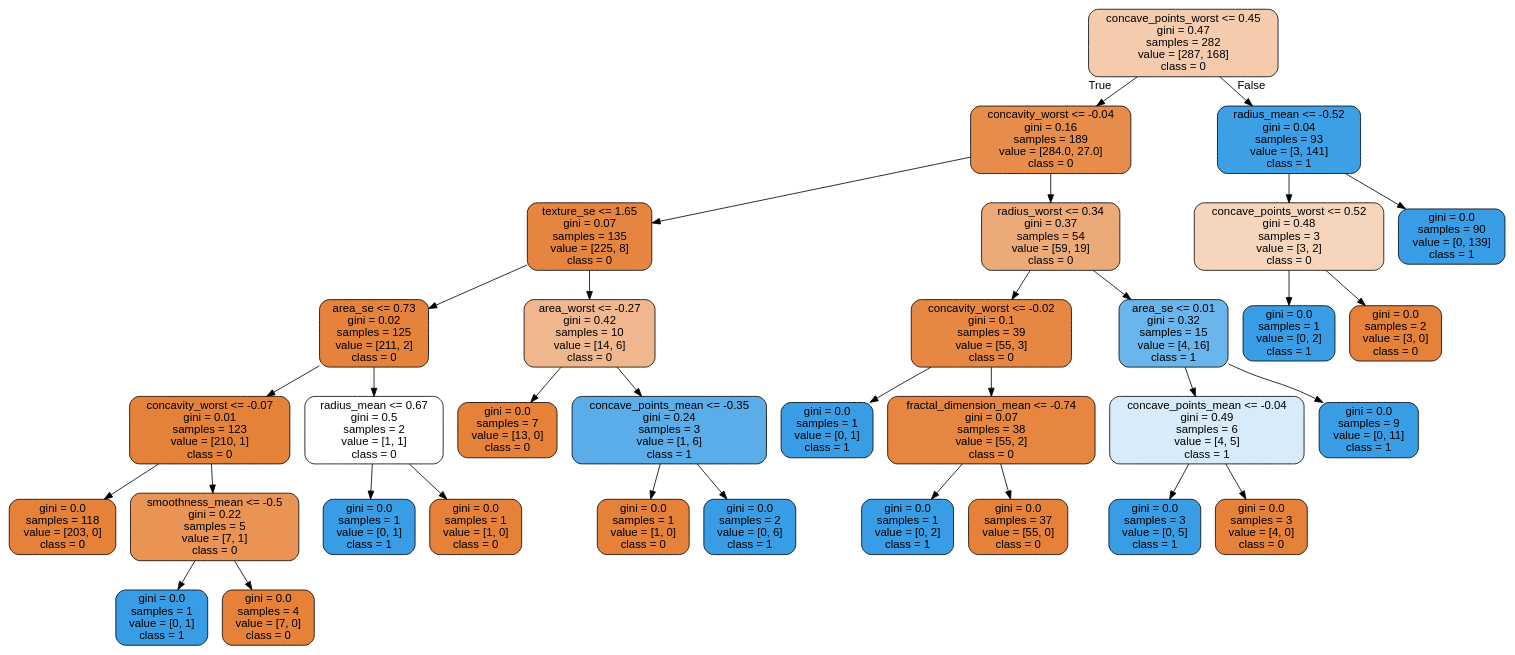
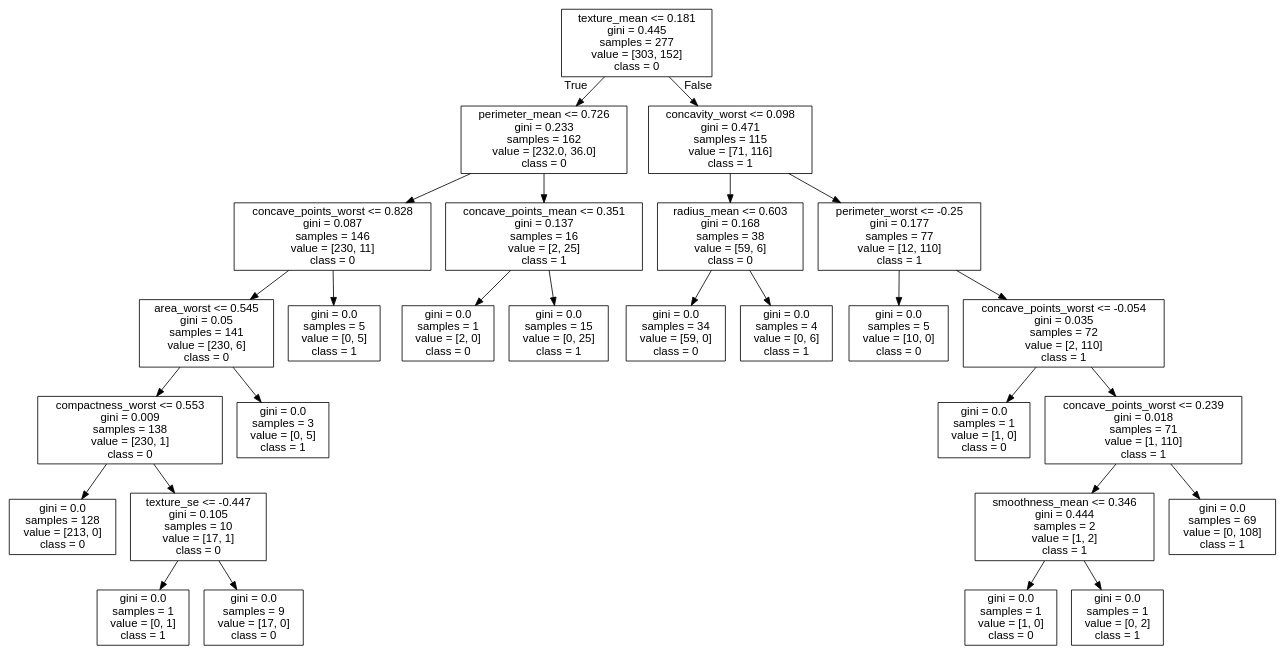
One commit to cyrilvincent/ML changed the diagram in data/breast-cancer/tree.dot. Above: the diagram before and after it, drawn with Graphviz. The commit also changed 2 other files, not shown here.

```diff
--- a/data/breast-cancer/tree.dot
+++ b/data/breast-cancer/tree.dot
@@ -1,69 +1,57 @@
 digraph Tree {
-node [shape=box, style="filled, rounded", color="black", fontname="helvetica"] ;
+node [shape=box, fontname="helvetica"] ;
 edge [fontname="helvetica"] ;
-0 [label="concave_points_worst <= 0.45\ngini = 0.47\nsamples = 282\nvalue = [287, 168]\nclass = 0", fillcolor="#f4cbad"] ;
-1 [label="concavity_worst <= -0.04\ngini = 0.16\nsamples = 189\nvalue = [284.0, 27.0]\nclass = 0", fillcolor="#e78d4c"] ;
+0 [label="texture_mean <= 0.181\ngini = 0.445\nsamples = 277\nvalue = [303, 152]\nclass = 0"] ;
+1 [label="perimeter_mean <= 0.726\ngini = 0.233\nsamples = 162\nvalue = [232.0, 36.0]\nclass = 0"] ;
 0 -> 1 [labeldistance=2.5, labelangle=45, headlabel="True"] ;
-3 [label="texture_se <= 1.65\ngini = 0.07\nsamples = 135\nvalue = [225, 8]\nclass = 0", fillcolor="#e68540"] ;
-1 -> 3 ;
-9 [label="area_se <= 0.73\ngini = 0.02\nsamples = 125\nvalue = [211, 2]\nclass = 0", fillcolor="#e5823b"] ;
+2 [label="concave_points_worst <= 0.828\ngini = 0.087\nsamples = 146\nvalue = [230, 11]\nclass = 0"] ;
+1 -> 2 ;
+3 [label="area_worst <= 0.545\ngini = 0.05\nsamples = 141\nvalue = [230, 6]\nclass = 0"] ;
+2 -> 3 ;
+4 [label="compactness_worst <= 0.553\ngini = 0.009\nsamples = 138\nvalue = [230, 1]\nclass = 0"] ;
+3 -> 4 ;
+5 [label="gini = 0.0\nsamples = 128\nvalue = [213, 0]\nclass = 0"] ;
+4 -> 5 ;
+6 [label="texture_se <= -0.447\ngini = 0.105\nsamples = 10\nvalue = [17, 1]\nclass = 0"] ;
+4 -> 6 ;
+7 [label="gini = 0.0\nsamples = 1\nvalue = [0, 1]\nclass = 1"] ;
+6 -> 7 ;
+8 [label="gini = 0.0\nsamples = 9\nvalue = [17, 0]\nclass = 0"] ;
+6 -> 8 ;
+9 [label="gini = 0.0\nsamples = 3\nvalue = [0, 5]\nclass = 1"] ;
 3 -> 9 ;
-25 [label="concavity_worst <= -0.07\ngini = 0.01\nsamples = 123\nvalue = [210, 1]\nclass = 0", fillcolor="#e5823a"] ;
-9 -> 25 ;
-29 [label="gini = 0.0\nsamples = 118\nvalue = [203, 0]\nclass = 0", fillcolor="#e58139"] ;
-25 -> 29 ;
-30 [label="smoothness_mean <= -0.5\ngini = 0.22\nsamples = 5\nvalue = [7, 1]\nclass = 0", fillcolor="#e99355"] ;
-25 -> 30 ;
-31 [label="gini = 0.0\nsamples = 1\nvalue = [0, 1]\nclass = 1", fillcolor="#399de5"] ;
-30 -> 31 ;
-32 [label="gini = 0.0\nsamples = 4\nvalue = [7, 0]\nclass = 0", fillcolor="#e58139"] ;
-30 -> 32 ;
-26 [label="radius_mean <= 0.67\ngini = 0.5\nsamples = 2\nvalue = [1, 1]\nclass = 0", fillcolor="#ffffff"] ;
-9 -> 26 ;
-27 [label="gini = 0.0\nsamples = 1\nvalue = [0, 1]\nclass = 1", fillcolor="#399de5"] ;
-26 -> 27 ;
-28 [label="gini = 0.0\nsamples = 1\nvalue = [1, 0]\nclass = 0", fillcolor="#e58139"] ;
-26 -> 28 ;
-10 [label="area_worst <= -0.27\ngini = 0.42\nsamples = 10\nvalue = [14, 6]\nclass = 0", fillcolor="#f0b78e"] ;
-3 -> 10 ;
-11 [label="gini = 0.0\nsamples = 7\nvalue = [13, 0]\nclass = 0", fillcolor="#e58139"] ;
-10 -> 11 ;
-12 [label="concave_points_mean <= -0.35\ngini = 0.24\nsamples = 3\nvalue = [1, 6]\nclass = 1", fillcolor="#5aade9"] ;
-10 -> 12 ;
-23 [label="gini = 0.0\nsamples = 1\nvalue = [1, 0]\nclass = 0", fillcolor="#e58139"] ;
-12 -> 23 ;
-24 [label="gini = 0.0\nsamples = 2\nvalue = [0, 6]\nclass = 1", fillcolor="#399de5"] ;
-12 -> 24 ;
-4 [label="radius_worst <= 0.34\ngini = 0.37\nsamples = 54\nvalue = [59, 19]\nclass = 0", fillcolor="#edaa79"] ;
-1 -> 4 ;
-5 [label="concavity_worst <= -0.02\ngini = 0.1\nsamples = 39\nvalue = [55, 3]\nclass = 0", fillcolor="#e68844"] ;
-4 -> 5 ;
-19 [label="gini = 0.0\nsamples = 1\nvalue = [0, 1]\nclass = 1", fillcolor="#399de5"] ;
-5 -> 19 ;
-20 [label="fractal_dimension_mean <= -0.74\ngini = 0.07\nsamples = 38\nvalue = [55, 2]\nclass = 0", fillcolor="#e68640"] ;
-5 -> 20 ;
-21 [label="gini = 0.0\nsamples = 1\nvalue = [0, 2]\nclass = 1", fillcolor="#399de5"] ;
+10 [label="gini = 0.0\nsamples = 5\nvalue = [0, 5]\nclass = 1"] ;
+2 -> 10 ;
+11 [label="concave_points_mean <= 0.351\ngini = 0.137\nsamples = 16\nvalue = [2, 25]\nclass = 1"] ;
+1 -> 11 ;
+12 [label="gini = 0.0\nsamples = 1\nvalue = [2, 0]\nclass = 0"] ;
+11 -> 12 ;
+13 [label="gini = 0.0\nsamples = 15\nvalue = [0, 25]\nclass = 1"] ;
+11 -> 13 ;
+14 [label="concavity_worst <= 0.098\ngini = 0.471\nsamples = 115\nvalue = [71, 116]\nclass = 1"] ;
+0 -> 14 [labeldistance=2.5, labelangle=-45, headlabel="False"] ;
+15 [label="radius_mean <= 0.603\ngini = 0.168\nsamples = 38\nvalue = [59, 6]\nclass = 0"] ;
+14 -> 15 ;
+16 [label="gini = 0.0\nsamples = 34\nvalue = [59, 0]\nclass = 0"] ;
+15 -> 16 ;
+17 [label="gini = 0.0\nsamples = 4\nvalue = [0, 6]\nclass = 1"] ;
+15 -> 17 ;
+18 [label="perimeter_worst <= -0.25\ngini = 0.177\nsamples = 77\nvalue = [12, 110]\nclass = 1"] ;
+14 -> 18 ;
+19 [label="gini = 0.0\nsamples = 5\nvalue = [10, 0]\nclass = 0"] ;
+18 -> 19 ;
+20 [label="concave_points_worst <= -0.054\ngini = 0.035\nsamples = 72\nvalue = [2, 110]\nclass = 1"] ;
+18 -> 20 ;
+21 [label="gini = 0.0\nsamples = 1\nvalue = [1, 0]\nclass = 0"] ;
 20 -> 21 ;
-22 [label="gini = 0.0\nsamples = 37\nvalue = [55, 0]\nclass = 0", fillcolor="#e58139"] ;
+22 [label="concave_points_worst <= 0.239\ngini = 0.018\nsamples = 71\nvalue = [1, 110]\nclass = 1"] ;
 20 -> 22 ;
-6 [label="area_se <= 0.01\ngini = 0.32\nsamples = 15\nvalue = [4, 16]\nclass = 1", fillcolor="#6ab6ec"] ;
-4 -> 6 ;
-15 [label="concave_points_mean <= -0.04\ngini = 0.49\nsamples = 6\nvalue = [4, 5]\nclass = 1", fillcolor="#d7ebfa"] ;
-6 -> 15 ;
-17 [label="gini = 0.0\nsamples = 3\nvalue = [0, 5]\nclass = 1", fillcolor="#399de5"] ;
-15 -> 17 ;
-18 [label="gini = 0.0\nsamples = 3\nvalue = [4, 0]\nclass = 0", fillcolor="#e58139"] ;
-15 -> 18 ;
-16 [label="gini = 0.0\nsamples = 9\nvalue = [0, 11]\nclass = 1", fillcolor="#399de5"] ;
-6 -> 16 ;
-2 [label="radius_mean <= -0.52\ngini = 0.04\nsamples = 93\nvalue = [3, 141]\nclass = 1", fillcolor="#3d9fe6"] ;
-0 -> 2 [labeldistance=2.5, labelangle=-45, headlabel="False"] ;
-7 [label="concave_points_worst <= 0.52\ngini = 0.48\nsamples = 3\nvalue = [3, 2]\nclass = 0", fillcolor="#f6d5bd"] ;
-2 -> 7 ;
-13 [label="gini = 0.0\nsamples = 1\nvalue = [0, 2]\nclass = 1", fillcolor="#399de5"] ;
-7 -> 13 ;
-14 [label="gini = 0.0\nsamples = 2\nvalue = [3, 0]\nclass = 0", fillcolor="#e58139"] ;
-7 -> 14 ;
-8 [label="gini = 0.0\nsamples = 90\nvalue = [0, 139]\nclass = 1", fillcolor="#399de5"] ;
-2 -> 8 ;
+23 [label="smoothness_mean <= 0.346\ngini = 0.444\nsamples = 2\nvalue = [1, 2]\nclass = 1"] ;
+22 -> 23 ;
+24 [label="gini = 0.0\nsamples = 1\nvalue = [1, 0]\nclass = 0"] ;
+23 -> 24 ;
+25 [label="gini = 0.0\nsamples = 1\nvalue = [0, 2]\nclass = 1"] ;
+23 -> 25 ;
+26 [label="gini = 0.0\nsamples = 69\nvalue = [0, 108]\nclass = 1"] ;
+22 -> 26 ;
 }
```
